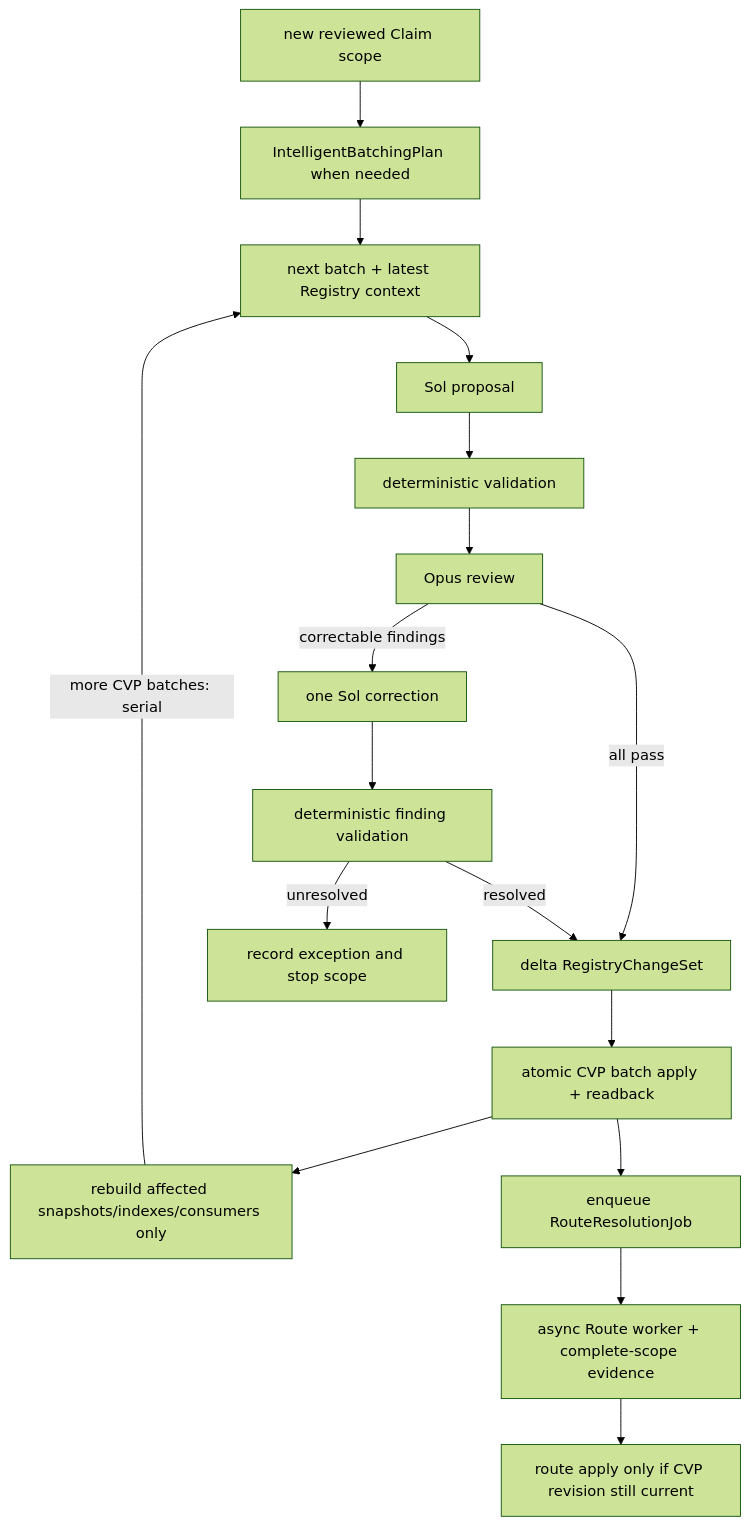
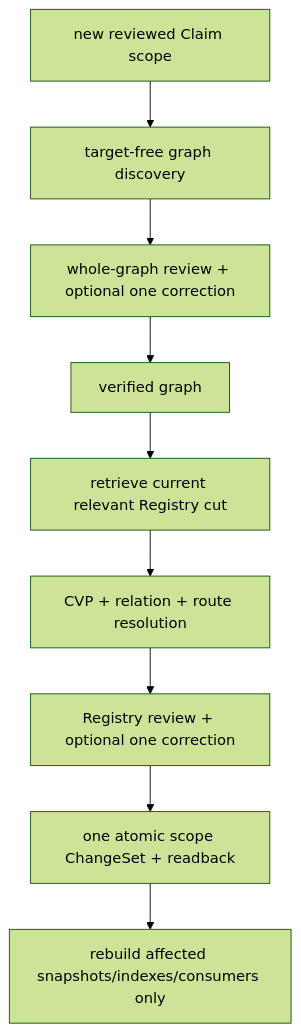
Before and after one commit to junyang168/smart-answer: the eighth of 9 diagrams in docs/wang-knowledge-platform/canonical_viewpoint_registry_design_v1.md, drawn with Mermaid (forest theme). The commit also changed other lines of this file, not shown here.

Commit message:
docs: adopt graph-first CVP resolution design

````diff
--- a/docs/wang-knowledge-platform/canonical_viewpoint_registry_design_v1.md
+++ b/docs/wang-knowledge-platform/canonical_viewpoint_registry_design_v1.md
@@ -1868,19 +2099,11 @@
 ```mermaid
 flowchart TD
-    S["new reviewed Claim scope"] --> B["IntelligentBatchingPlan when needed"]
-    B --> N["next batch + latest Registry context"]
-    N --> P["Sol proposal"]
-    P --> V["deterministic validation"]
-    V --> R["Opus review"]
-    R -->|"all pass"| C["delta RegistryChangeSet"]
-    R -->|"correctable findings"| F["one Sol correction"]
-    F --> D["deterministic finding validation"]
-    D -->|"resolved"| C
-    D -->|"unresolved"| X["record exception and stop scope"]
-    C --> A["atomic CVP batch apply + readback"]
+    S["new reviewed Claim scope"] --> G["target-free graph discovery"]
+    G --> V["whole-graph review + optional one correction"]
+    V --> C["verified graph"]
+    C --> R["retrieve current relevant Registry cut"]
+    R --> P["CVP + relation + route resolution"]
+    P --> Q["Registry review + optional one correction"]
+    Q --> A["one atomic scope ChangeSet + readback"]
     A --> I["rebuild affected snapshots/indexes/consumers only"]
-    I -->|"more CVP batches: serial"| N
-    A --> Q["enqueue RouteResolutionJob"]
-    Q --> W["async Route worker + complete-scope evidence"]
-    W --> Y["route apply only if CVP revision still current"]
 ```
````
